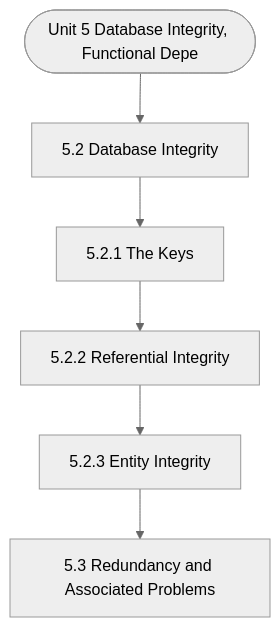
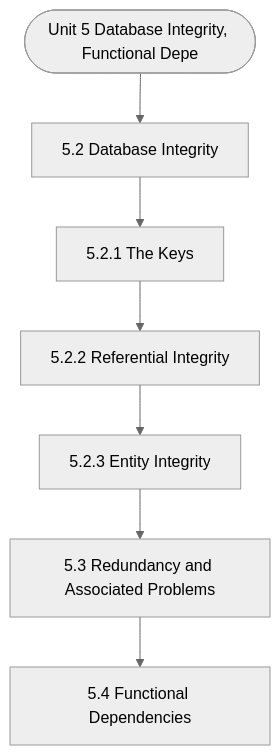
Before and after one commit to Asutosh-Coaching/mscdsa: the diagram in notes/Semester_1/MCS-207_Database_Management_Systems/unit_05_Database_Integrity,_Functional_Dependency_and_Norm.md, drawn with Mermaid (neutral theme). The commit also changed other lines of this file and 116 other files, not shown here.

````diff
--- a/notes/Semester_1/MCS-207_Database_Management_Systems/unit_05_Database_Integrity,_Functional_Dependency_and_Norm.md
+++ b/notes/Semester_1/MCS-207_Database_Management_Systems/unit_05_Database_Integrity,_Functional_Dependency_and_Norm.md
@@ -19,14 +19,16 @@
 ```mermaid
 flowchart TD
   Start(["Unit 5 Database Integrity, Functional Depe"])
   N1["5.2 Database Integrity"]
   N2["5.2.1 The Keys"]
   N3["5.2.2 Referential Integrity"]
   N4["5.2.3 Entity Integrity"]
   N5["5.3 Redundancy and Associated Problems"]
+  N6["5.4 Functional Dependencies"]
   Start --> N1
   N1 --> N2
   N2 --> N3
   N3 --> N4
   N4 --> N5
+  N5 --> N6
 ```
````
